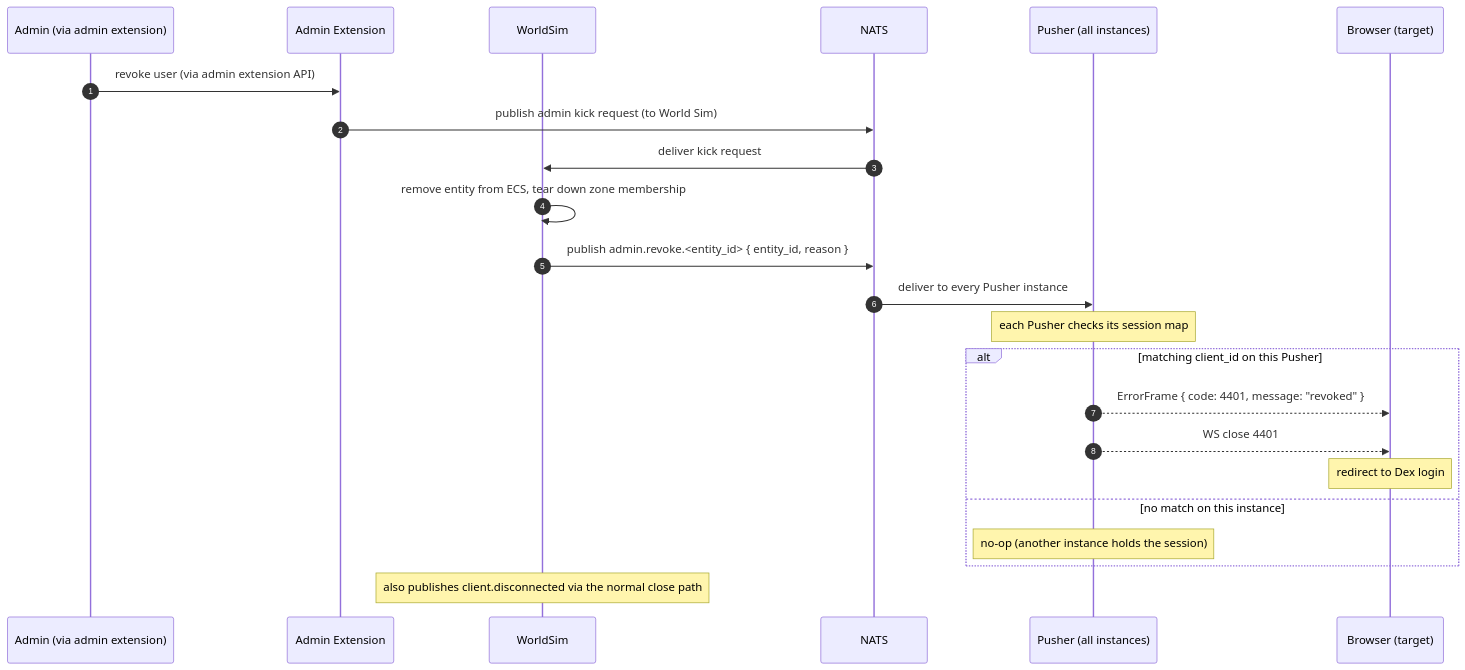
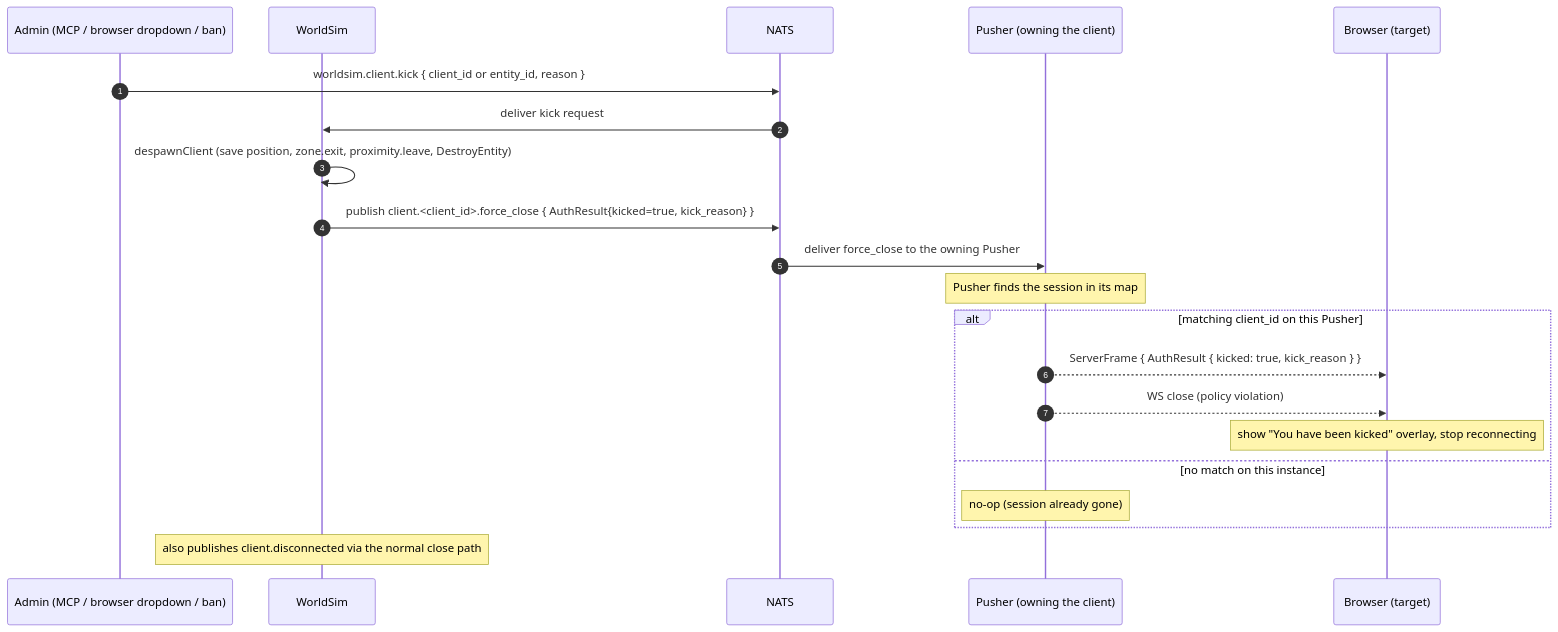
One commit to lstep/PixelEruv changed the sixth of 7 diagrams in documentation/networking-sequences.md. Above: the diagram before and after it, drawn with Mermaid. The commit also changed other lines of this file and 6 other files, not shown here.

First line of the commit message:
docs: dual-connect confirmation, admin kick, force_close mechanism

````diff
--- a/documentation/networking-sequences.md
+++ b/documentation/networking-sequences.md
@@ -290,28 +297,26 @@
 ```mermaid
 sequenceDiagram
     autonumber
-    participant Admin as Admin (via admin extension)
-    participant E as Admin Extension
+    participant Admin as Admin (MCP / browser dropdown / ban)
     participant W as WorldSim
     participant N as NATS
-    participant P as Pusher (all instances)
+    participant P as Pusher (owning the client)
     participant B as Browser (target)
 
-    Admin->>E: revoke user (via admin extension API)
-    E->>N: publish admin kick request (to World Sim)
+    Admin->>N: worldsim.client.kick { client_id or entity_id, reason }
     N->>W: deliver kick request
-    W->>W: remove entity from ECS, tear down zone membership
-    W->>N: publish admin.revoke.<entity_id> { entity_id, reason }
-    N->>P: deliver to every Pusher instance
+    W->>W: despawnClient (save position, zone.exit, proximity.leave, DestroyEntity)
+    W->>N: publish client.<client_id>.force_close { AuthResult{kicked=true, kick_reason} }
+    N->>P: deliver force_close to the owning Pusher
 
-    Note over P: each Pusher checks its session map
+    Note over P: Pusher finds the session in its map
     alt matching client_id on this Pusher
-        P-->>B: ErrorFrame { code: 4401, message: "revoked" }
-        P-->>B: WS close 4401
-        Note over B: redirect to Dex login
+        P-->>B: ServerFrame { AuthResult { kicked: true, kick_reason } }
+        P-->>B: WS close (policy violation)
+        Note over B: show "You have been kicked" overlay, stop reconnecting
     else no match on this instance
-        Note over P: no-op (another instance holds the session)
+        Note over P: no-op (session already gone)
     end
 
     Note over W: also publishes client.disconnected via the normal close path
 ```
````
